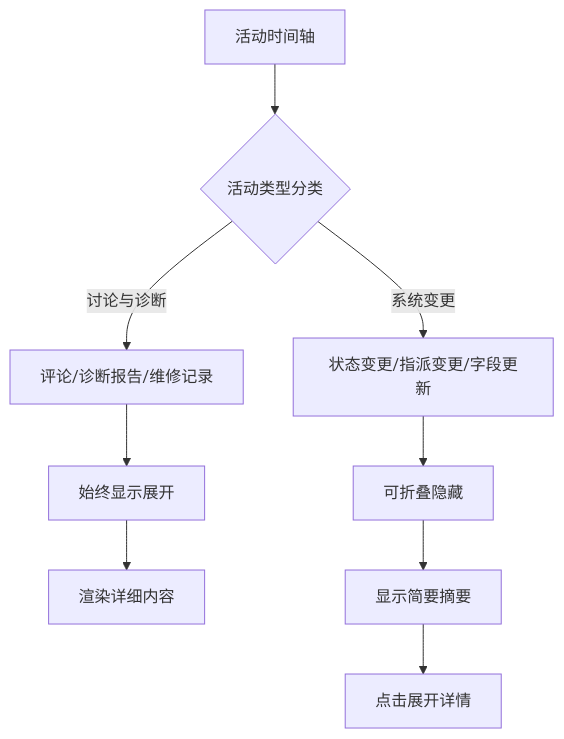
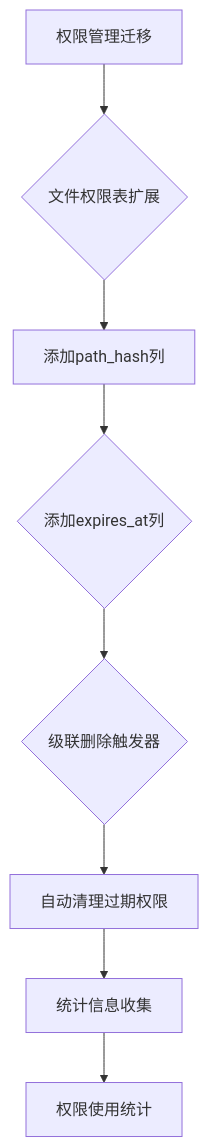
Before and after one commit to CubeEdge/Longhorn: diagram 26 of 30 in .qoder/repowiki/zh/content/前端组件架构/服务工作流增强/服务工作流增强.md, drawn with Mermaid. The commit also changed other lines of this file and 31 other files, not shown here.

````diff
--- a/.qoder/repowiki/zh/content/前端组件架构/服务工作流增强/服务工作流增强.md
+++ b/.qoder/repowiki/zh/content/前端组件架构/服务工作流增强/服务工作流增强.md
@@ -1090,11 +1080,10 @@
 ```mermaid
 flowchart TD
-A[活动时间轴] --> B{活动类型分类}
-B --> |讨论与诊断| C[评论/诊断报告/维修记录]
-B --> |系统变更| D[状态变更/指派变更/字段更新]
-C --> E[始终显示展开]
-D --> F[可折叠隐藏]
-E --> G[渲染详细内容]
-F --> H[显示简要摘要]
-H --> I[点击展开详情]
+A[权限管理迁移] --> B{文件权限表扩展}
+B --> C[添加path_hash列]
+C --> D{添加expires_at列}
+D --> E{级联删除触发器}
+E --> F[自动清理过期权限]
+F --> G[统计信息收集]
+G --> H[权限使用统计]
 ```
````
